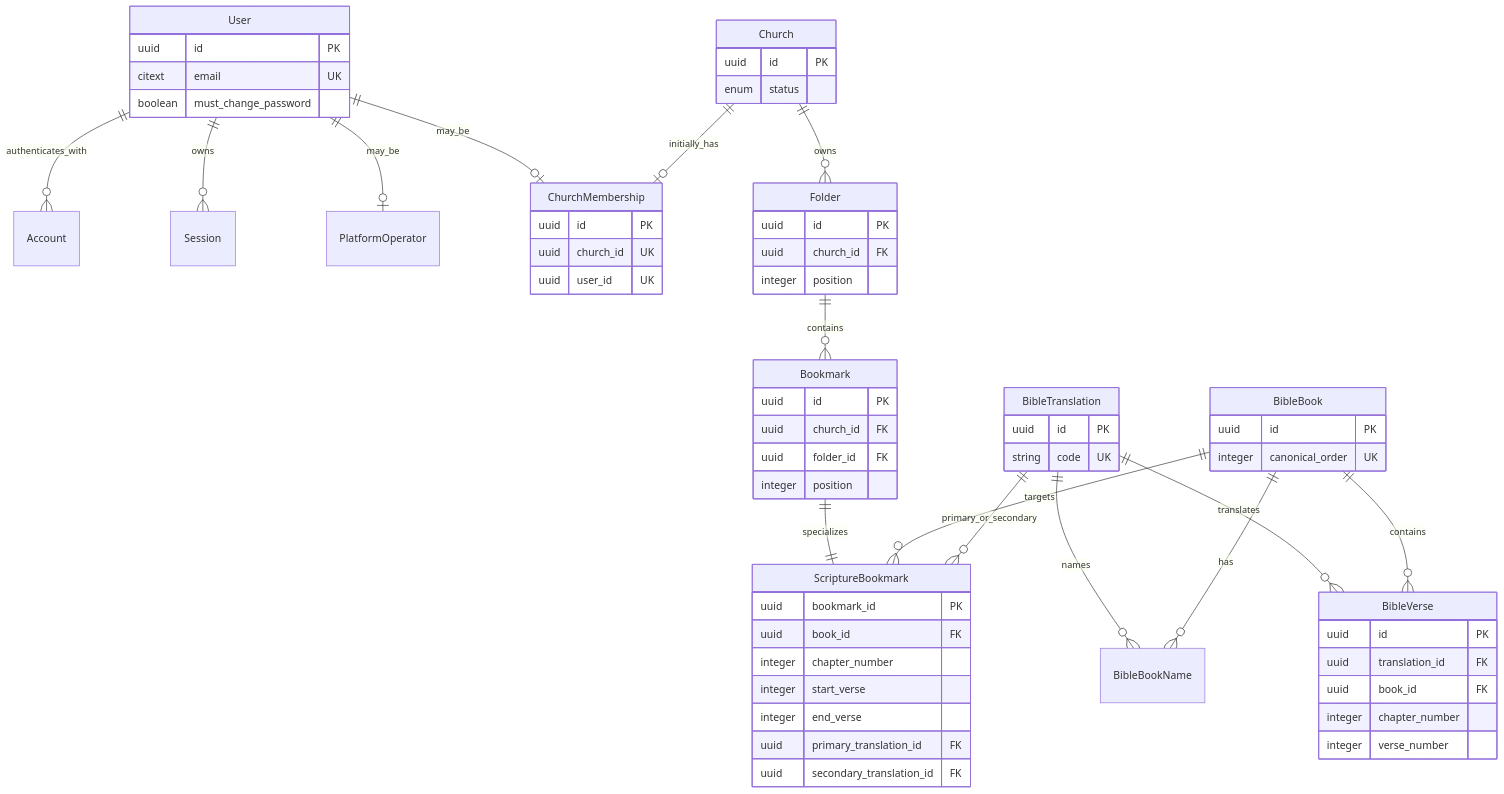
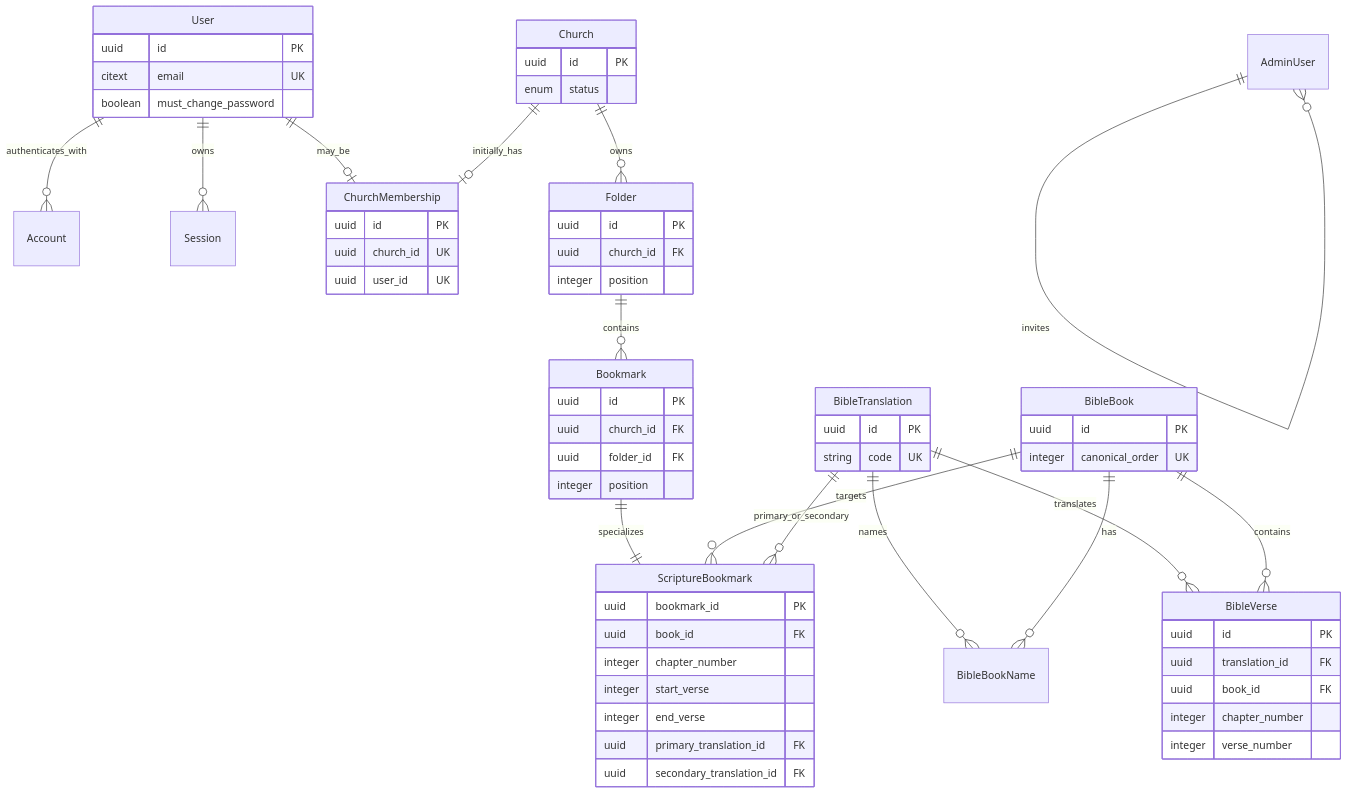
One commit to iwaseasahi/levi changed the diagram in docs/architecture/0007-normalized-data-model.md. Above: the diagram before and after it, drawn with Mermaid. The commit also changed other lines of this file and 38 other files, not shown here.

````diff
--- a/docs/architecture/0007-normalized-data-model.md
+++ b/docs/architecture/0007-normalized-data-model.md
@@ -137,67 +137,67 @@
 ```mermaid
 erDiagram
   User ||--o{ Account : authenticates_with
   User ||--o{ Session : owns
-  User ||--o| PlatformOperator : may_be
+  AdminUser ||--o{ AdminUser : invites
   User ||--o| ChurchMembership : may_be
   Church ||--o| ChurchMembership : initially_has
   Church ||--o{ Folder : owns
   Folder ||--o{ Bookmark : contains
   Bookmark ||--|| ScriptureBookmark : specializes
   BibleTranslation ||--o{ BibleBookName : names
   BibleBook ||--o{ BibleBookName : has
   BibleTranslation ||--o{ BibleVerse : translates
   BibleBook ||--o{ BibleVerse : contains
   BibleBook ||--o{ ScriptureBookmark : targets
   BibleTranslation ||--o{ ScriptureBookmark : primary_or_secondary
 
   User {
     uuid id PK
     citext email UK
     boolean must_change_password
   }
   Church {
     uuid id PK
     enum status
   }
   ChurchMembership {
     uuid id PK
     uuid church_id UK
     uuid user_id UK
   }
   Folder {
     uuid id PK
     uuid church_id FK
     integer position
   }
   Bookmark {
     uuid id PK
     uuid church_id FK
     uuid folder_id FK
     integer position
   }
   ScriptureBookmark {
     uuid bookmark_id PK
     uuid book_id FK
     integer chapter_number
     integer start_verse
     integer end_verse
     uuid primary_translation_id FK
     uuid secondary_translation_id FK
   }
   BibleTranslation {
     uuid id PK
     string code UK
   }
   BibleBook {
     uuid id PK
     integer canonical_order UK
   }
   BibleVerse {
     uuid id PK
     uuid translation_id FK
     uuid book_id FK
     integer chapter_number
     integer verse_number
   }
 ```
````
